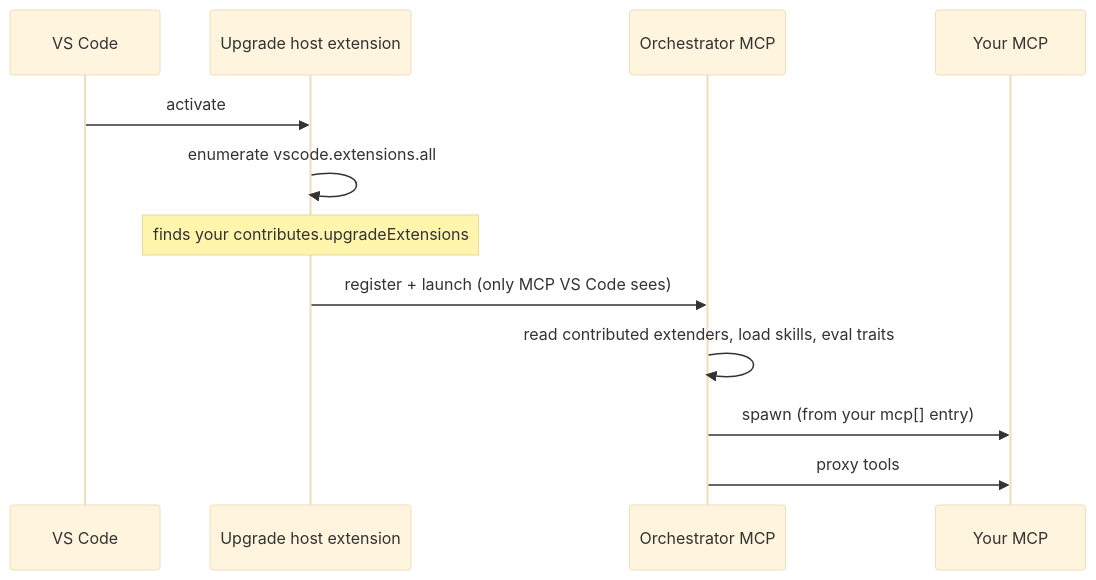
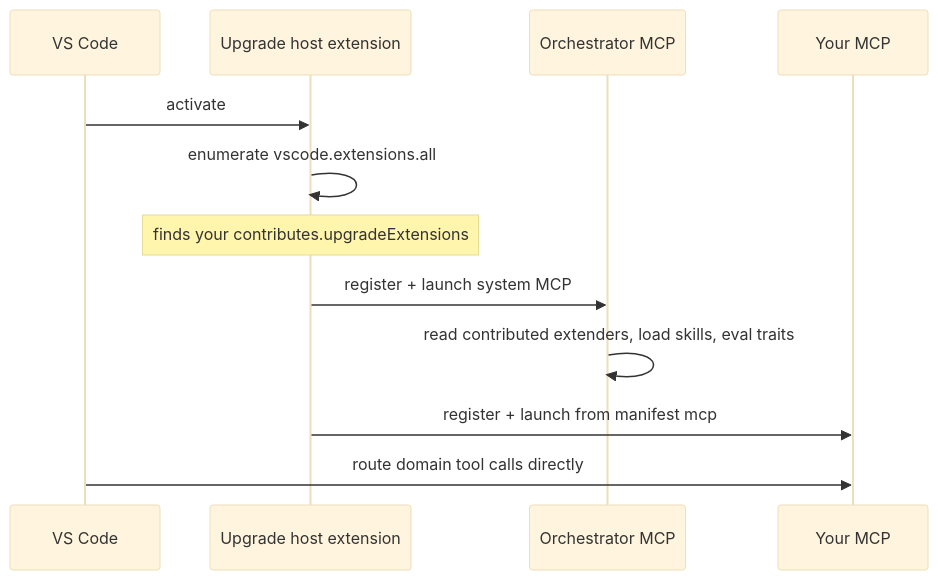
The diagram in docs/03-vscode-extension.md (microsoft/upgrade-agent-samples), drawn with Mermaid (base theme) before and after one commit. The commit also changed other lines of this file and 14 other files, not shown here.

First line of the commit message:
Clarify host-specific MCP configuration for Upgrade extenders (#8)

````diff
--- a/docs/03-vscode-extension.md
+++ b/docs/03-vscode-extension.md
@@ -109,15 +111,15 @@
 ```mermaid
 sequenceDiagram
     participant VSC as VS Code
     participant HOST as Upgrade host extension
     participant ORCH as Orchestrator MCP
     participant EXT as Your MCP
 
     VSC->>HOST: activate
     HOST->>HOST: enumerate vscode.extensions.all
     Note over HOST: finds your contributes.upgradeExtensions
-    HOST->>ORCH: register + launch (only MCP VS Code sees)
+    HOST->>ORCH: register + launch system MCP
     ORCH->>ORCH: read contributed extenders, load skills, eval traits
-    ORCH->>EXT: spawn (from your mcp[] entry)
-    ORCH->>EXT: proxy tools
+    HOST->>EXT: register + launch from manifest mcp
+    VSC->>EXT: route domain tool calls directly
 ```
````
